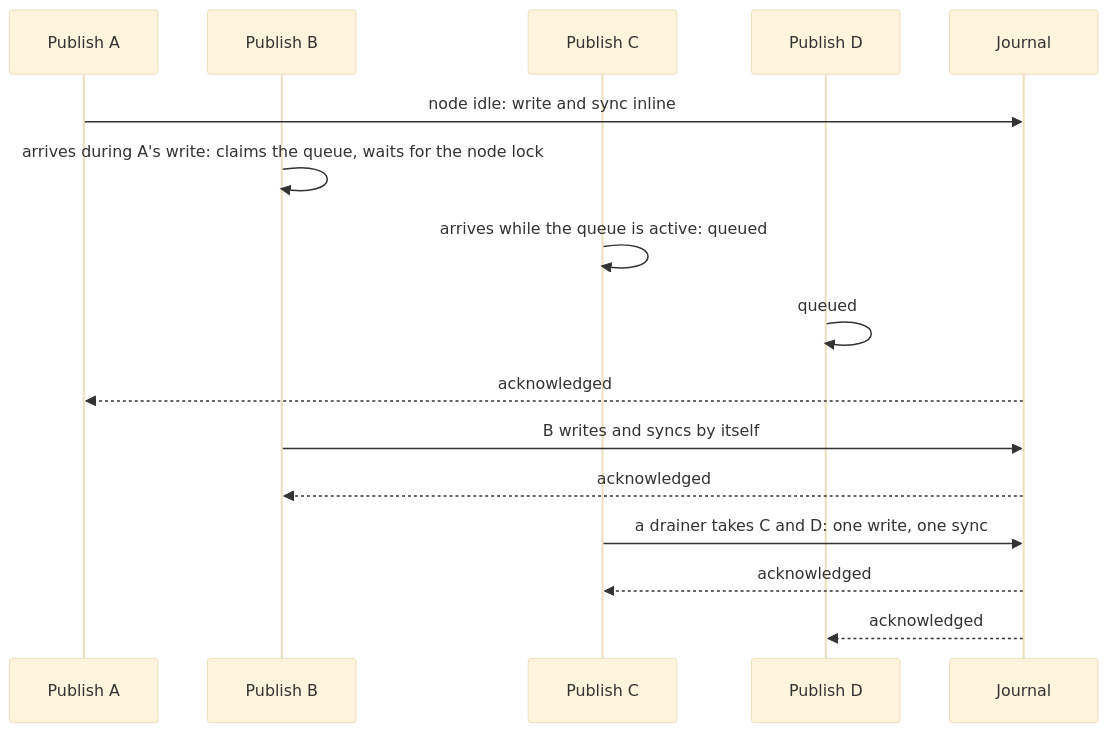
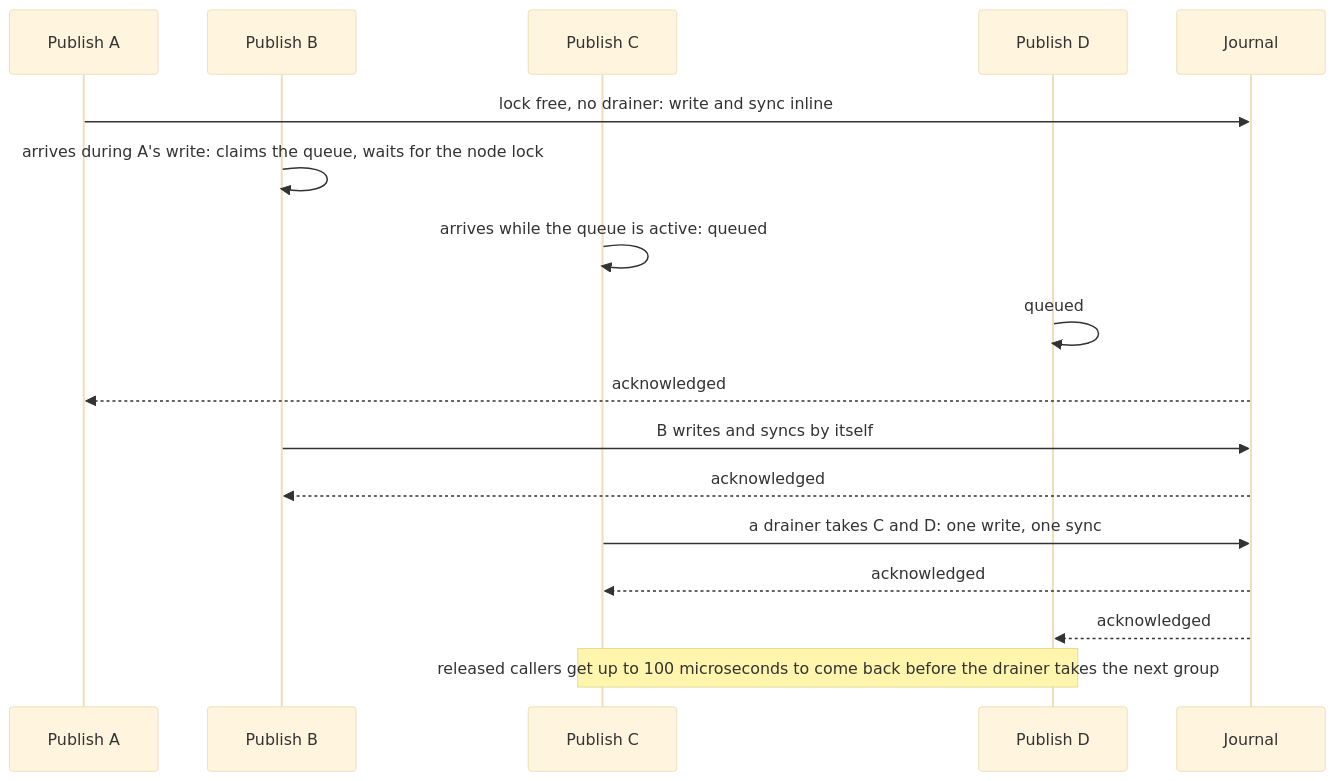
The diagram in docs/how-it-works.md (matorclawson/dostoevsky), drawn with Mermaid (base theme) before and after one commit. The commit also changed other lines of this file and 2 other files, not shown here.

First line of the commit message:
how-it-works describes the gathering drainer; guide closes the reopened node (readers' lows on PRs 11 and 13)

````diff
--- a/docs/how-it-works.md
+++ b/docs/how-it-works.md
@@ -9,18 +9,19 @@
 ```mermaid
 sequenceDiagram
     participant A as Publish A
     participant B as Publish B
     participant C as Publish C
     participant D as Publish D
     participant J as Journal
-    A->>J: node idle: write and sync inline
+    A->>J: lock free, no drainer: write and sync inline
     B->>B: arrives during A's write: claims the queue, waits for the node lock
     C->>C: arrives while the queue is active: queued
     D->>D: queued
     J-->>A: acknowledged
     B->>J: B writes and syncs by itself
     J-->>B: acknowledged
     C->>J: a drainer takes C and D: one write, one sync
     J-->>C: acknowledged
     J-->>D: acknowledged
+    Note over C,D: released callers get up to 100 microseconds to come back before the drainer takes the next group
 ```
````
